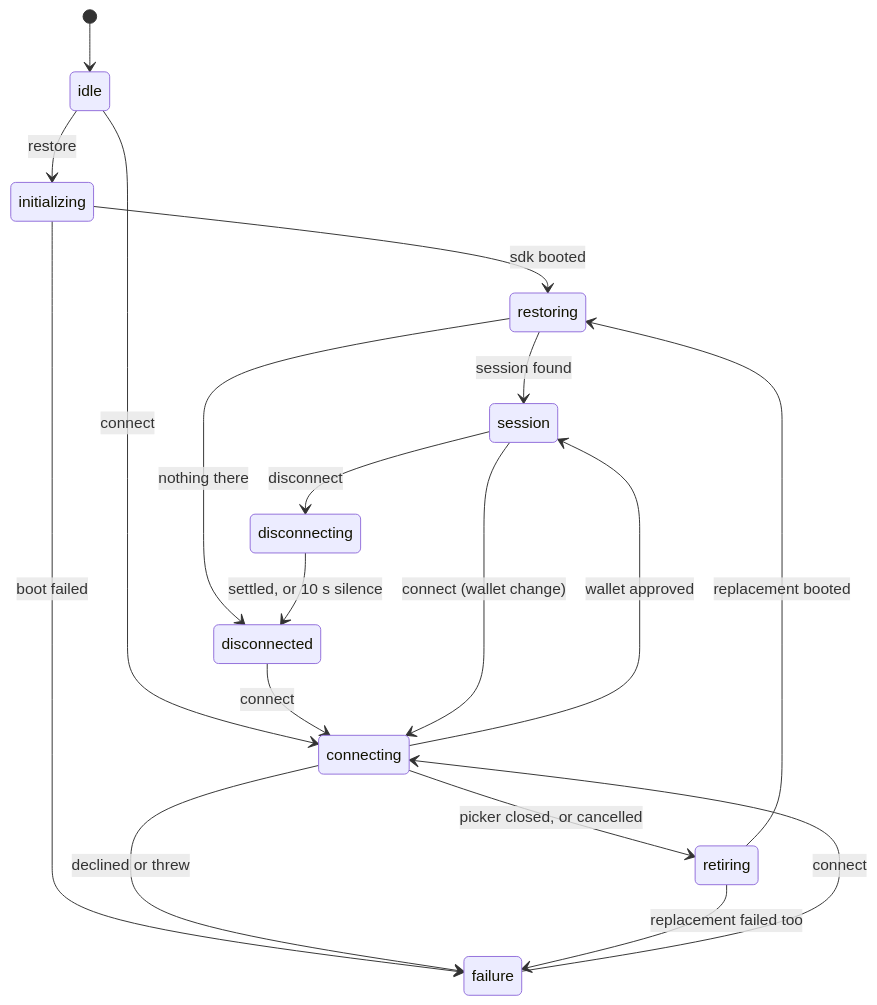
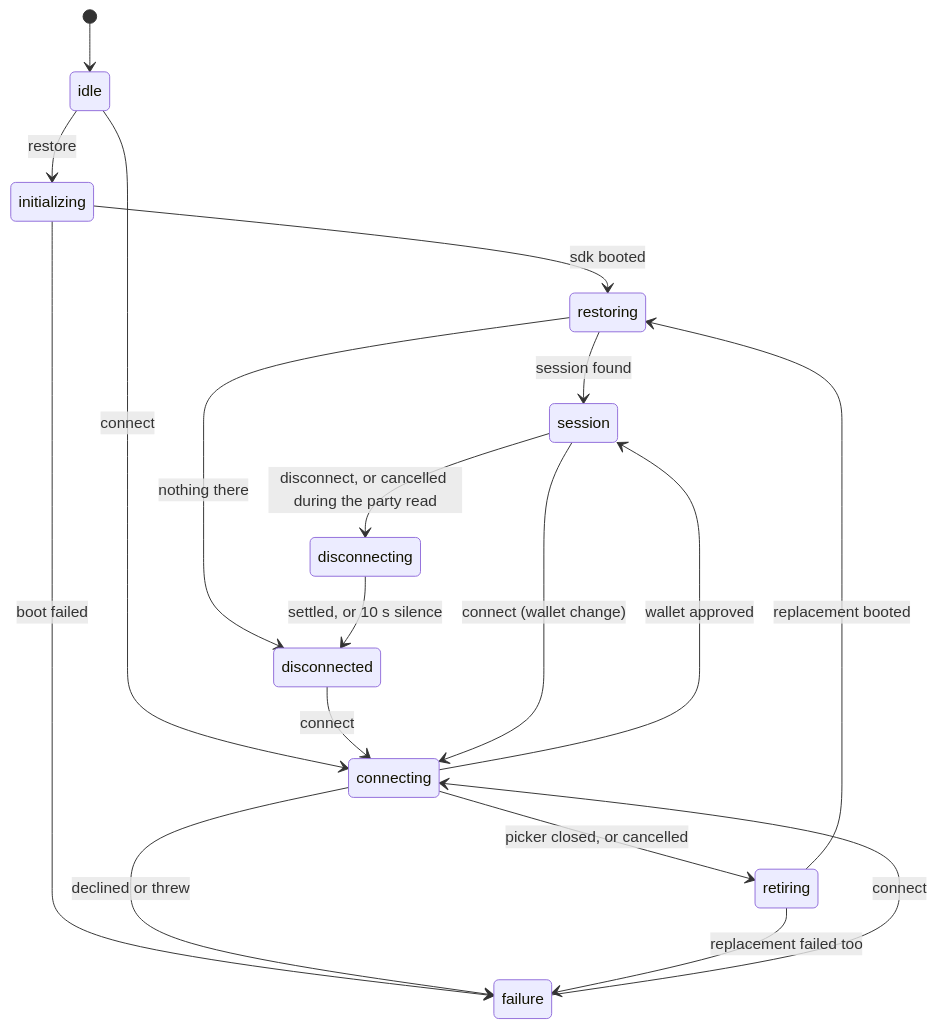
Before and after one commit to BootNodeDev/canton-dappbooster: the first of 2 diagrams in canton-connect/architecture/connection-machine.md, drawn with Mermaid. The commit also changed other lines of this file and 2 other files, not shown here.

Commit message:
fix(canton-connect): cancel during the party read disconnects

````diff
--- a/canton-connect/architecture/connection-machine.md
+++ b/canton-connect/architecture/connection-machine.md
@@ -10,20 +10,20 @@
 ```mermaid
 stateDiagram-v2
     [*] --> idle
     idle --> initializing: restore
     initializing --> restoring: sdk booted
     initializing --> failure: boot failed
     restoring --> session: session found
     restoring --> disconnected: nothing there
     idle --> connecting: connect
     disconnected --> connecting: connect
     failure --> connecting: connect
     session --> connecting: connect (wallet change)
     connecting --> session: wallet approved
     connecting --> failure: declined or threw
     connecting --> retiring: picker closed, or cancelled
     retiring --> restoring: replacement booted
     retiring --> failure: replacement failed too
-    session --> disconnecting: disconnect
+    session --> disconnecting: disconnect, or cancelled during the party read
     disconnecting --> disconnected: settled, or 10 s silence
 ```
````
